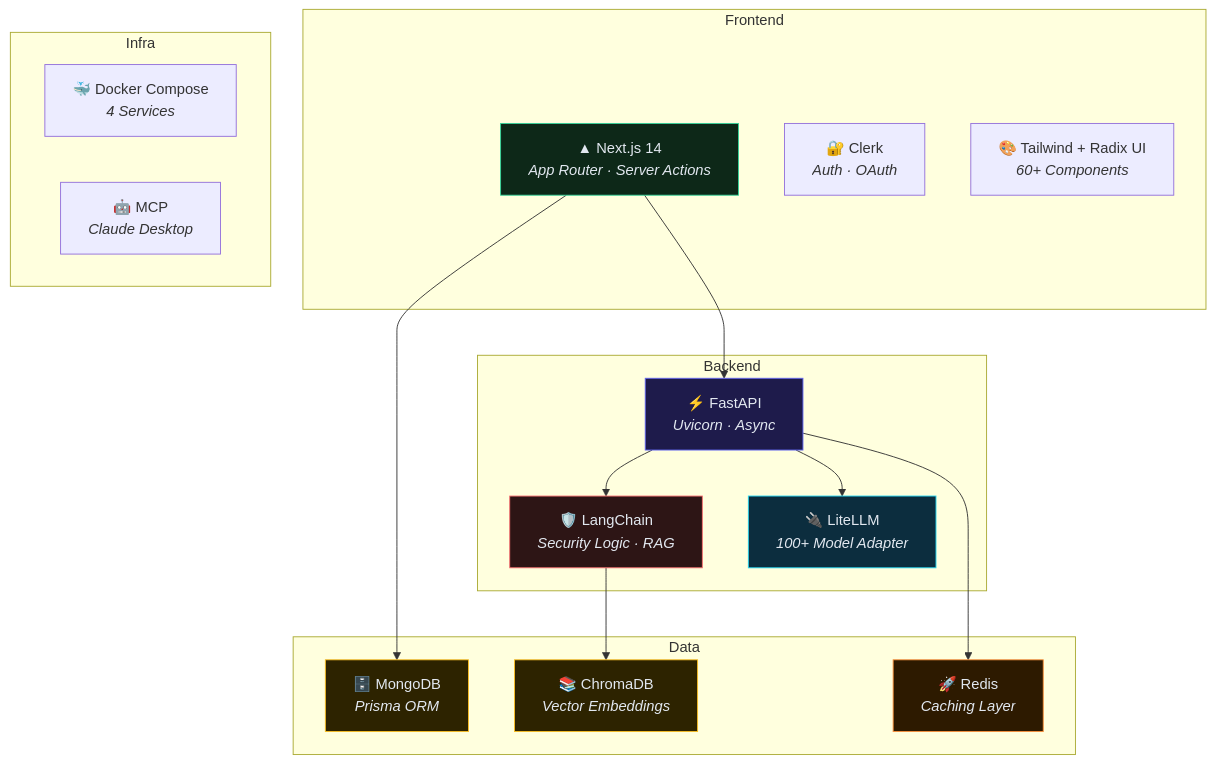
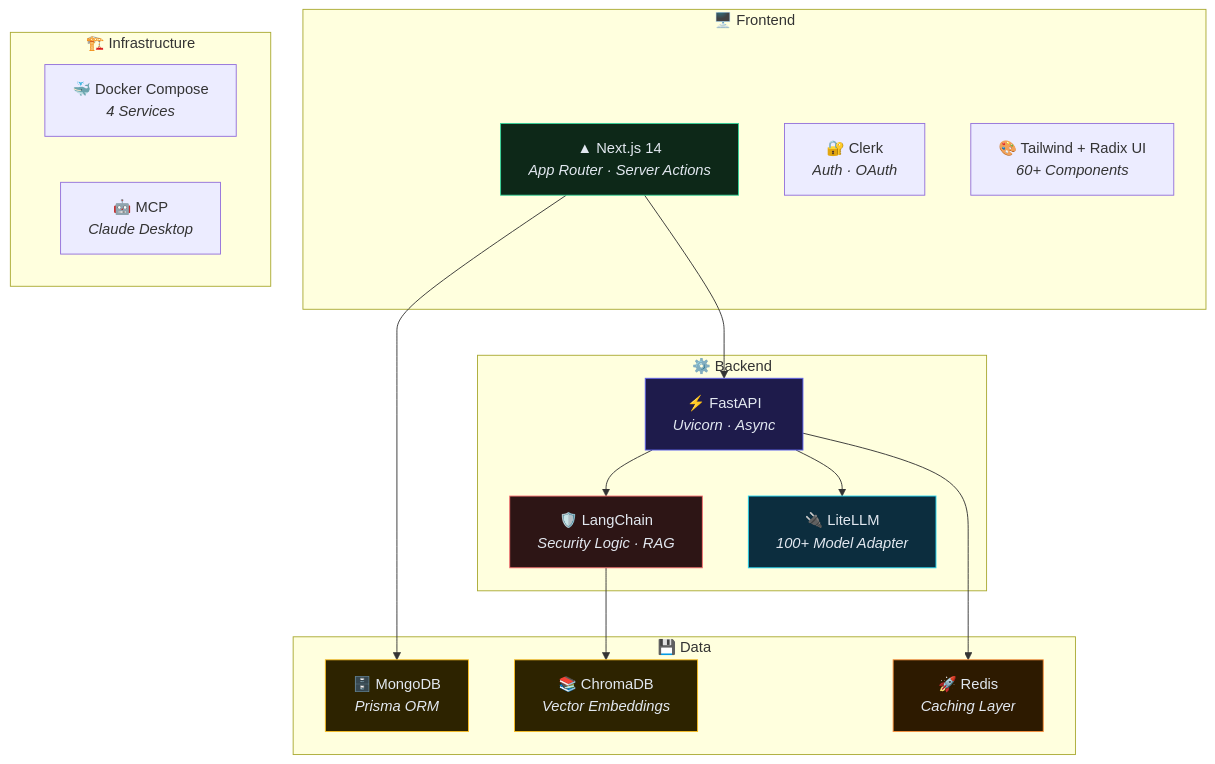
Before and after one commit to lidorpahima/Redacted: the sixth of 6 diagrams in README.md, drawn with Mermaid. The commit also changed other lines of this file, not shown here.

````diff
--- a/README.md
+++ b/README.md
@@ -212,40 +272,40 @@
 ```mermaid
 graph TB
-    subgraph Frontend
+    subgraph "🖥️ Frontend"
         Next["▲ Next.js 14<br/><i>App Router · Server Actions</i>"]
         Clerk["🔐 Clerk<br/><i>Auth · OAuth</i>"]
         Tailwind["🎨 Tailwind + Radix UI<br/><i>60+ Components</i>"]
     end
 
-    subgraph Backend
+    subgraph "⚙️ Backend"
         FastAPI["⚡ FastAPI<br/><i>Uvicorn · Async</i>"]
         LangChain["🛡️ LangChain<br/><i>Security Logic · RAG</i>"]
         LiteLLM["🔌 LiteLLM<br/><i>100+ Model Adapter</i>"]
     end
 
-    subgraph Data
+    subgraph "💾 Data"
         MongoDB["🗄️ MongoDB<br/><i>Prisma ORM</i>"]
         ChromaDB["📚 ChromaDB<br/><i>Vector Embeddings</i>"]
         Redis["🚀 Redis<br/><i>Caching Layer</i>"]
     end
 
-    subgraph Infra
+    subgraph "🏗️ Infrastructure"
         Docker["🐳 Docker Compose<br/><i>4 Services</i>"]
         MCP["🤖 MCP<br/><i>Claude Desktop</i>"]
     end
 
     Next --> FastAPI
     FastAPI --> LangChain
     FastAPI --> LiteLLM
     Next --> MongoDB
     LangChain --> ChromaDB
     FastAPI --> Redis
 
     style Next fill:#0d2818,stroke:#34d399,color:#e2e8f0
     style FastAPI fill:#1e1b4b,stroke:#6366f1,color:#e2e8f0
     style LangChain fill:#2d1515,stroke:#f87171,color:#e2e8f0
     style LiteLLM fill:#0c2d3e,stroke:#22d3ee,color:#e2e8f0
     style MongoDB fill:#2d2300,stroke:#fbbf24,color:#e2e8f0
     style ChromaDB fill:#2d2300,stroke:#fbbf24,color:#e2e8f0
     style Redis fill:#2d1a00,stroke:#fb923c,color:#e2e8f0
 ```
````
